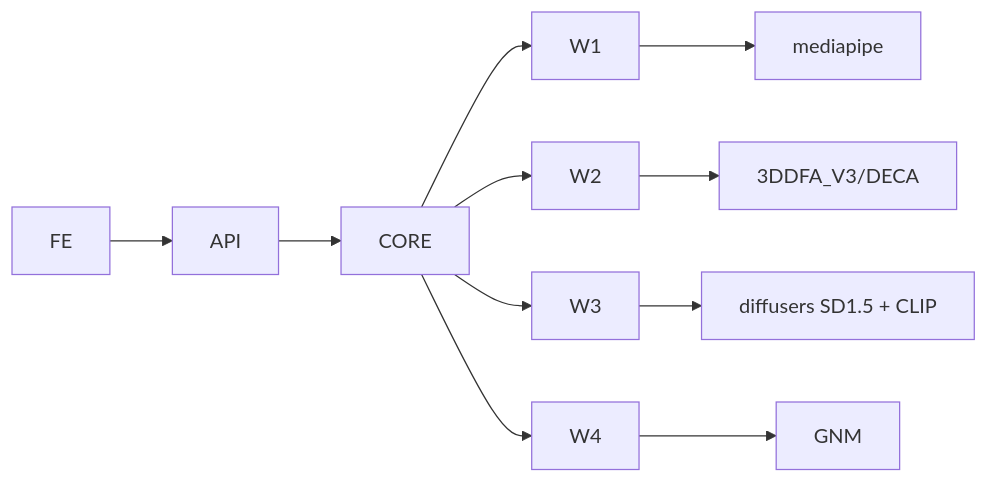
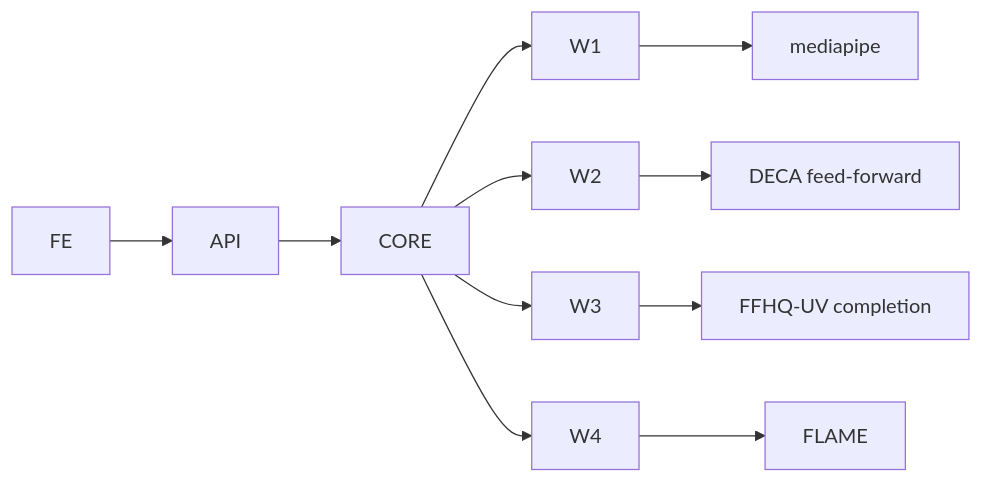
The second of 2 diagrams in ARCHITECTURE.md (dinoesau/vultus), drawn with Mermaid before and after one commit. The commit also changed other lines of this file and 6 other files, not shown here.

Commit message:
docs: FLAME render vocabulary, flow, setup and gates

````diff
--- a/ARCHITECTURE.md
+++ b/ARCHITECTURE.md
@@ -128,10 +131,10 @@
 ```mermaid
 graph LR
     FE --> API
     API --> CORE
     CORE --> W1 & W2 & W3 & W4
     W1 --> M1[mediapipe]
-    W2 --> M2[3DDFA_V3/DECA]
-    W3 --> M3[diffusers SD1.5 + CLIP]
-    W4 --> M4[GNM]
+    W2 --> M2[DECA feed-forward]
+    W3 --> M3[FFHQ-UV completion]
+    W4 --> M4[FLAME]
 ```
````
